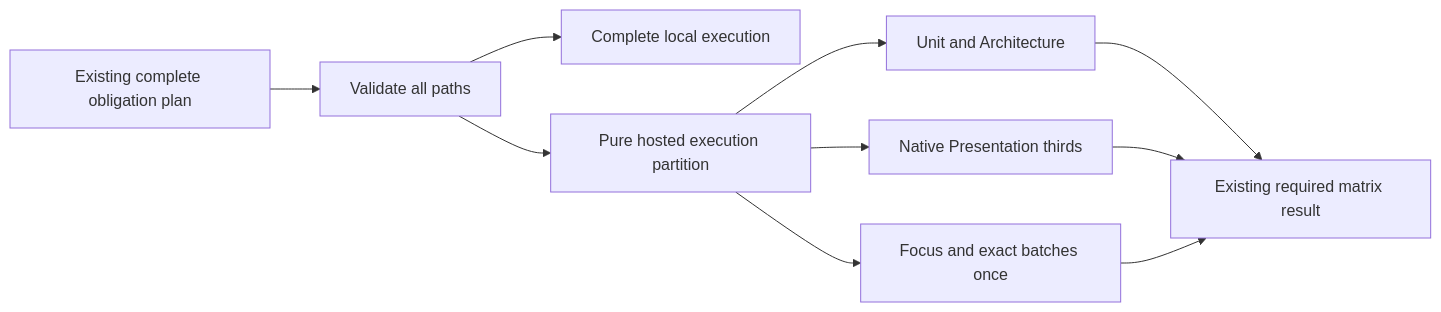
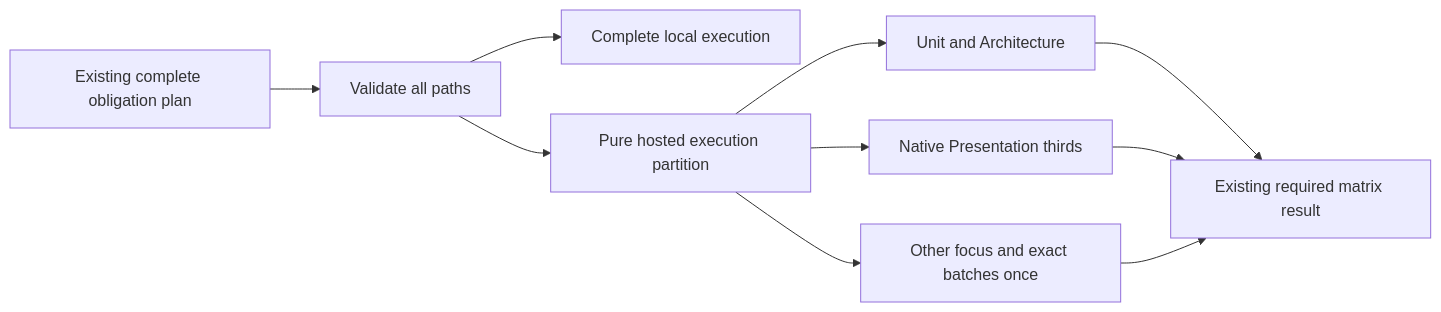
Before and after one commit to dunay2/dvt: diagram 13 of 25 in docs/architecture/components/web/web-vitest-changed-suite-router-component.md, drawn with Mermaid. The commit also changed other lines of this file and 3 other files, not shown here.

````diff
--- a/docs/architecture/components/web/web-vitest-changed-suite-router-component.md
+++ b/docs/architecture/components/web/web-vitest-changed-suite-router-component.md
@@ -646,12 +650,12 @@
   ```mermaid
   flowchart LR
     Router[Existing complete obligation plan] --> Validation[Validate all paths]
     Validation --> Local[Complete local execution]
     Validation --> Split[Pure hosted execution partition]
     Split --> Primary[Unit and Architecture]
     Split --> Thirds[Native Presentation thirds]
-    Split --> Residual[Focus and exact batches once]
+    Split --> Residual[Other focus and exact batches once]
     Primary --> Required[Existing required matrix result]
     Thirds --> Required
     Residual --> Required
   ```
````
